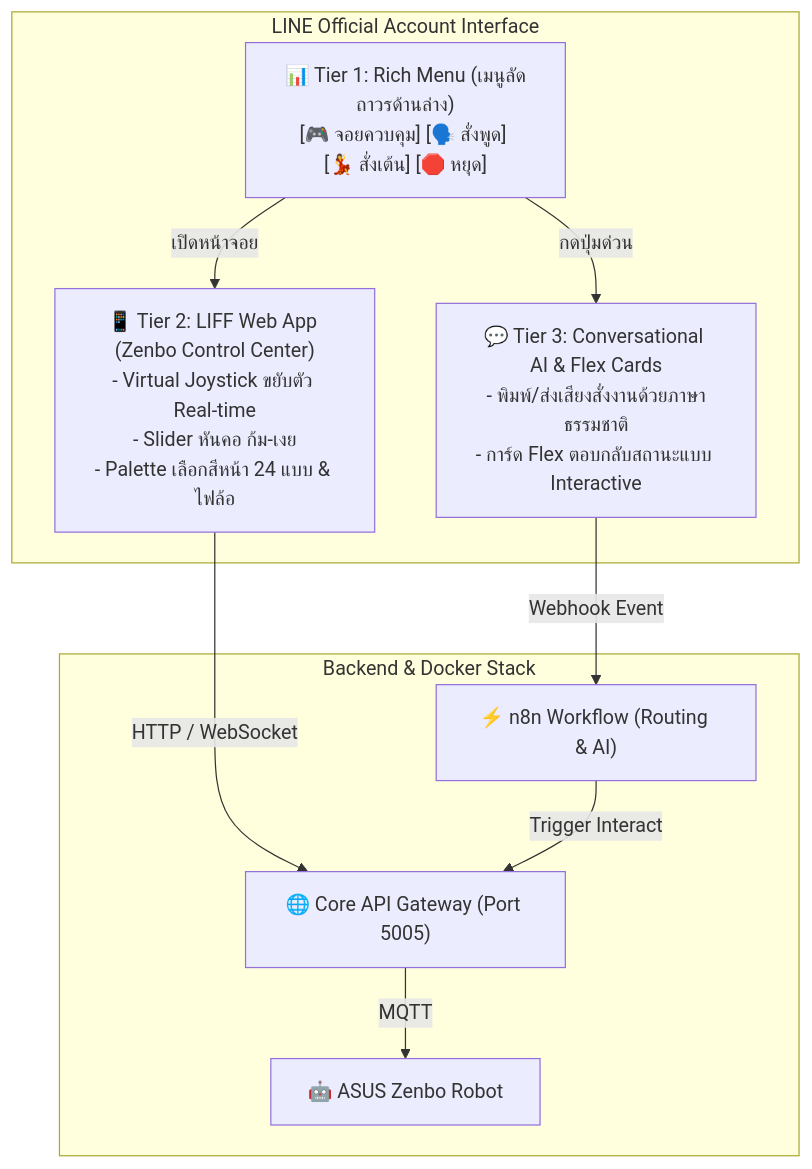
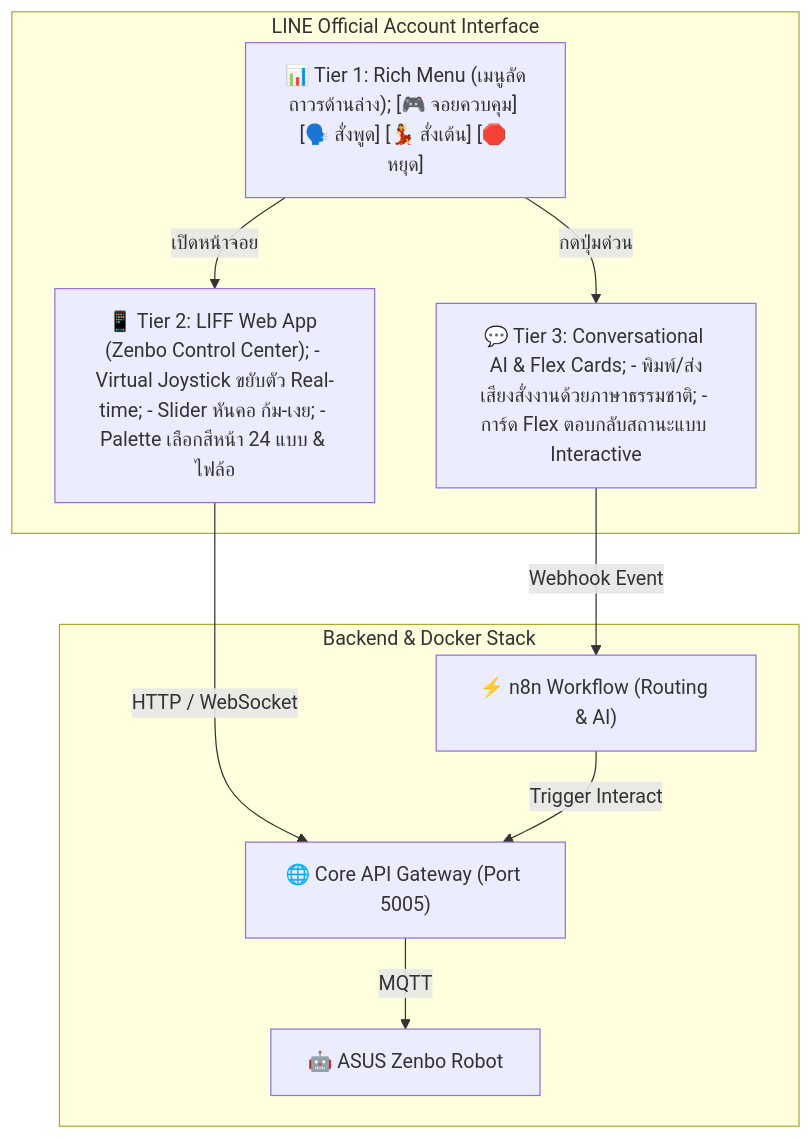
One commit to Panuwath/KKULRebornOldRobotNewBrain2026 changed the diagram in ZENBO_LINE_UXUI_STRATEGY.md. Above: the diagram before and after it, drawn with Mermaid. The commit also changed other lines of this file and 157 other files, not shown here.

````diff
--- a/ZENBO_LINE_UXUI_STRATEGY.md
+++ b/ZENBO_LINE_UXUI_STRATEGY.md
@@ -23,21 +23,21 @@
 ```mermaid
 flowchart TB
     subgraph LINE_CLIENT["LINE Official Account Interface"]
-        RICH_MENU["📊 Tier 1: Rich Menu (เมนูลัดถาวรด้านล่าง)<br/>[🎮 จอยควบคุม] [🗣️ สั่งพูด] [💃 สั่งเต้น] [🛑 หยุด]"]
-        CHAT_FLOW["💬 Tier 3: Conversational AI & Flex Cards<br/>- พิมพ์/ส่งเสียงสั่งงานด้วยภาษาธรรมชาติ<br/>- การ์ด Flex ตอบกลับสถานะแบบ Interactive"]
-        LIFF_APP["📱 Tier 2: LIFF Web App (Zenbo Control Center)<br/>- Virtual Joystick ขยับตัว Real-time<br/>- Slider หันคอ ก้ม-เงย<br/>- Palette เลือกสีหน้า 24 แบบ & ไฟล้อ"]
+        RICH_MENU["📊 Tier 1: Rich Menu (เมนูลัดถาวรด้านล่าง); [🎮 จอยควบคุม] [🗣️ สั่งพูด] [💃 สั่งเต้น] [🛑 หยุด]"]
+        CHAT_FLOW["💬 Tier 3: Conversational AI & Flex Cards; - พิมพ์/ส่งเสียงสั่งงานด้วยภาษาธรรมชาติ; - การ์ด Flex ตอบกลับสถานะแบบ Interactive"]
+        LIFF_APP["📱 Tier 2: LIFF Web App (Zenbo Control Center); - Virtual Joystick ขยับตัว Real-time; - Slider หันคอ ก้ม-เงย; - Palette เลือกสีหน้า 24 แบบ & ไฟล้อ"]
     end
 
     subgraph BACKEND["Backend & Docker Stack"]
         N8N["⚡ n8n Workflow (Routing & AI)"]
         GATEWAY["🌐 Core API Gateway (Port 5005)"]
         ZENBO["🤖 ASUS Zenbo Robot"]
     end
 
     RICH_MENU -->|กดปุ่มด่วน| CHAT_FLOW
     RICH_MENU -->|เปิดหน้าจอย| LIFF_APP
     CHAT_FLOW -->|Webhook Event| N8N
     LIFF_APP -->|HTTP / WebSocket| GATEWAY
     N8N -->|Trigger Interact| GATEWAY
     GATEWAY -->|MQTT| ZENBO
 ```
````
